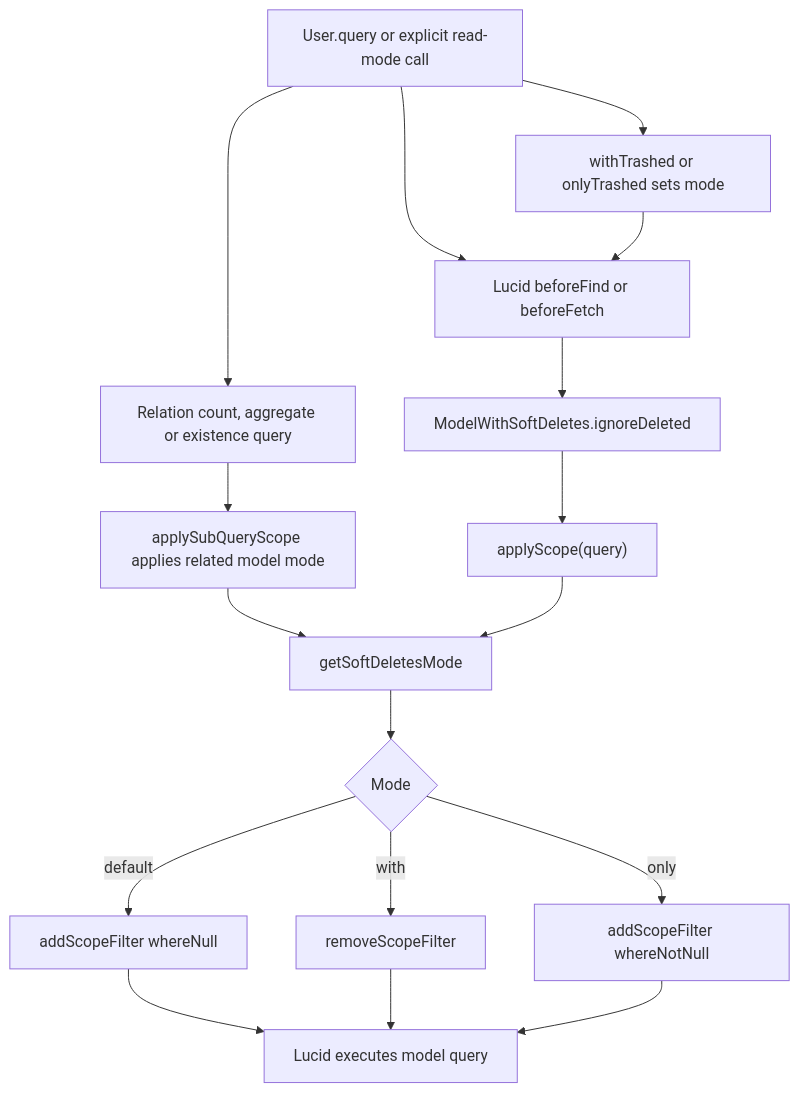
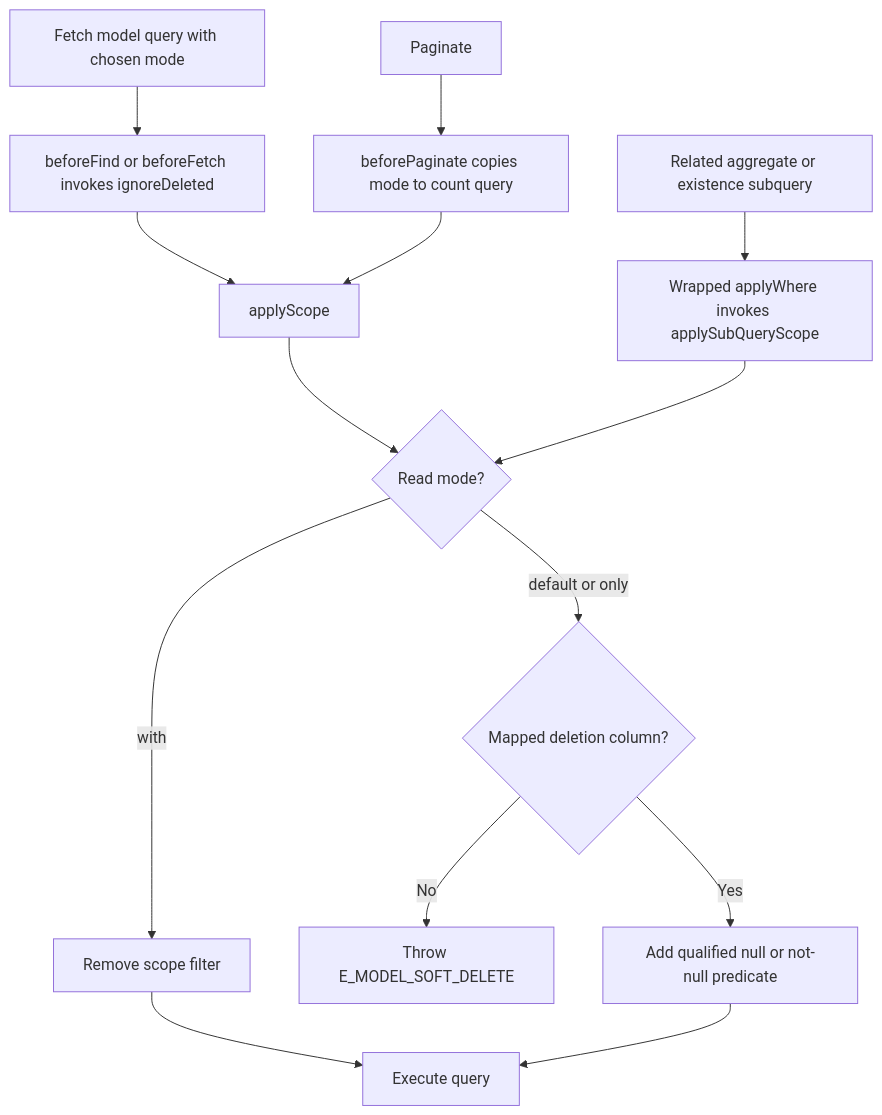
The second of 2 diagrams in user-stories/query-deleted-records/us-app-02-query-deleted-records.md (Kevinjohn/oss-adonisjs-lucid-soft-delete), drawn with Mermaid before and after one commit. The commit also changed other lines of this file and 26 other files, not shown here.

````diff
--- a/user-stories/query-deleted-records/us-app-02-query-deleted-records.md
+++ b/user-stories/query-deleted-records/us-app-02-query-deleted-records.md
@@ -38,19 +36,12 @@
 ```mermaid
 flowchart TD
-    A["User.query or explicit read-mode call"] --> B["withTrashed or onlyTrashed sets mode"]
-    A --> C["Lucid beforeFind or beforeFetch"]
-    A --> R["Relation count, aggregate or existence query"]
-    R --> S["applySubQueryScope applies related model mode"]
-    S --> F
-    B --> C
-    C --> D["ModelWithSoftDeletes.ignoreDeleted"]
-    D --> E["applyScope(query)"]
-    E --> F["getSoftDeletesMode"]
-    F --> G{"Mode"}
-    G -->|default| H["addScopeFilter whereNull"]
-    G -->|with| I["removeScopeFilter"]
-    G -->|only| J["addScopeFilter whereNotNull"]
-    H --> K["Lucid executes model query"]
-    I --> K
-    J --> K
+    A["Fetch model query with chosen mode"] --> B["beforeFind or beforeFetch invokes ignoreDeleted"] --> C["applyScope"]
+    D["Paginate"] --> E["beforePaginate copies mode to count query"] --> C
+    F["Related aggregate or existence subquery"] --> G["Wrapped applyWhere invokes applySubQueryScope"]
+    C --> H{"Read mode?"}
+    G --> H
+    H -->|with| I["Remove scope filter"] --> J["Execute query"]
+    H -->|default or only| K{"Mapped deletion column?"}
+    K -->|No| L["Throw E_MODEL_SOFT_DELETE"]
+    K -->|Yes| M["Add qualified null or not-null predicate"] --> J
 ```
````
